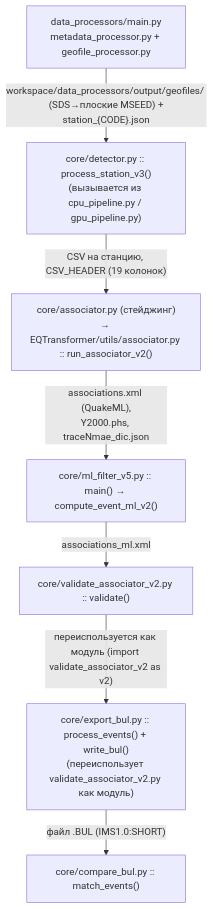
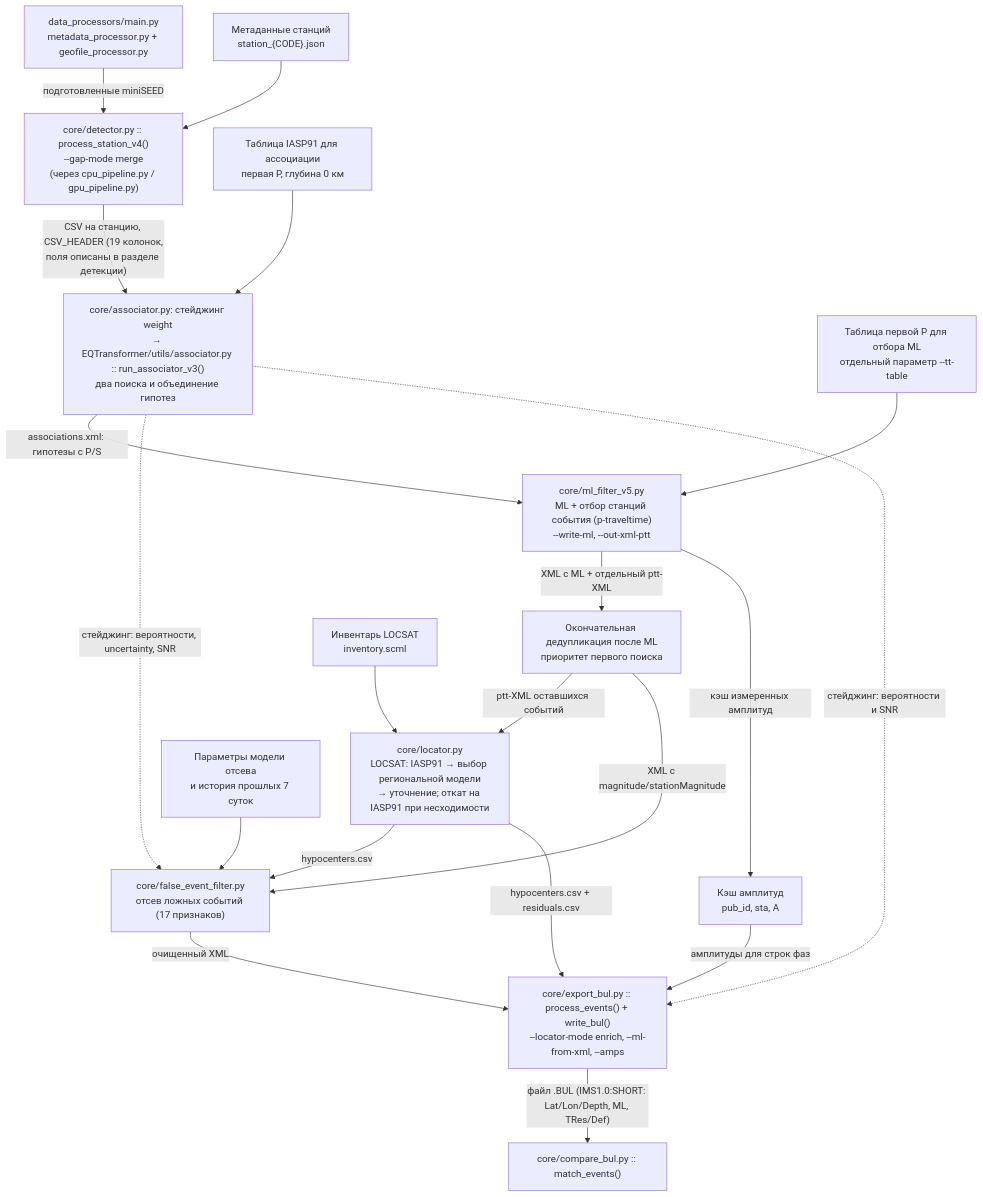
The first of 15 diagrams in docs/complete-doc.md (ruhose73/FastEQT), drawn with Mermaid before and after one commit. The commit also changed other lines of this file and 1 other file, not shown here.

Commit message:
docs(pipeline): unify physical and technical pipeline documentation

````diff
--- a/docs/complete-doc.md
+++ b/docs/complete-doc.md
@@ -15,17 +23,39 @@
 ```mermaid
 flowchart TD
     A["data_processors/main.py<br/>metadata_processor.py + geofile_processor.py"]
-    B["core/detector.py :: process_station_v3()<br/>(вызывается из cpu_pipeline.py / gpu_pipeline.py)"]
-    C["core/associator.py (стейджинг)<br/>→ EQTransformer/utils/associator.py :: run_associator_v2()"]
-    D["core/ml_filter_v5.py :: main() → compute_event_ml_v2()"]
-    E["core/validate_associator_v2.py :: validate()"]
-    F["core/export_bul.py :: process_events() + write_bul()<br/>(переиспользует validate_associator_v2.py как модуль)"]
-    G["core/compare_bul.py :: match_events()"]
+    B["core/detector.py :: process_station_v4()<br/>--gap-mode merge<br/>(через cpu_pipeline.py / gpu_pipeline.py)"]
+    C["core/associator.py: стейджинг weight<br/>→ EQTransformer/utils/associator.py :: run_associator_v3()<br/>два поиска и объединение гипотез"]
+    D["core/ml_filter_v5.py<br/>ML + отбор станций события (p-traveltime)<br/>--write-ml, --out-xml-ptt"]
+    J["Окончательная дедупликация после ML<br/>приоритет первого поиска"]
+    E["core/locator.py<br/>LOCSAT: IASP91 → выбор региональной модели<br/>→ уточнение; откат на IASP91 при несходимости"]
+    F["core/false_event_filter.py<br/>отсев ложных событий (17 признаков)"]
+    G["core/export_bul.py :: process_events() + write_bul()<br/>--locator-mode enrich, --ml-from-xml, --amps"]
+    H["core/compare_bul.py :: match_events()"]
 
-    A -->|"workspace/data_processors/output/geofiles/ (SDS→плоские MSEED) +<br/>station_{CODE}.json"| B
-    B -->|"CSV на станцию, CSV_HEADER (19 колонок)"| C
-    C -->|"associations.xml (QuakeML),<br/>Y2000.phs, traceNmae_dic.json"| D
-    D -->|"associations_ml<tag>.xml"| E
-    E -->|"переиспользуется как модуль (import validate_associator_v2 as v2)"| F
-    F -->|"файл .BUL (IMS1.0:SHORT)"| G
+    S["Метаданные станций<br/>station_{CODE}.json"]
+    I["Инвентарь LOCSAT<br/>inventory.scml"]
+    T["Таблица IASP91 для ассоциации<br/>первая P, глубина 0 км"]
+    U["Таблица первой P для отбора ML<br/>отдельный параметр --tt-table"]
+    V["Параметры модели отсева<br/>и история прошлых 7 суток"]
+    W["Кэш амплитуд<br/>pub_id, sta, A"]
+
+    A -->|"подготовленные miniSEED"| B
+    S --> B
+    B -->|"CSV на станцию, CSV_HEADER (19 колонок,<br/>поля описаны в разделе детекции)"| C
+    C -->|"associations.xml: гипотезы с P/S"| D
+    T --> C
+    U --> D
+    D -->|"XML с ML + отдельный ptt-XML"| J
+    D -->|"кэш измеренных амплитуд"| W
+    J -->|"ptt-XML оставшихся событий"| E
+    I --> E
+    J -->|"XML с magnitude/stationMagnitude"| F
+    E -->|"hypocenters.csv"| F
+    C -.->|"стейджинг: вероятности, uncertainty, SNR"| F
+    V --> F
+    F -->|"очищенный XML"| G
+    E -->|"hypocenters.csv + residuals.csv"| G
+    W -->|"амплитуды для строк фаз"| G
+    C -.->|"стейджинг: вероятности и SNR"| G
+    G -->|"файл .BUL (IMS1.0:SHORT: Lat/Lon/Depth, ML, TRes/Def)"| H
 ```
````
